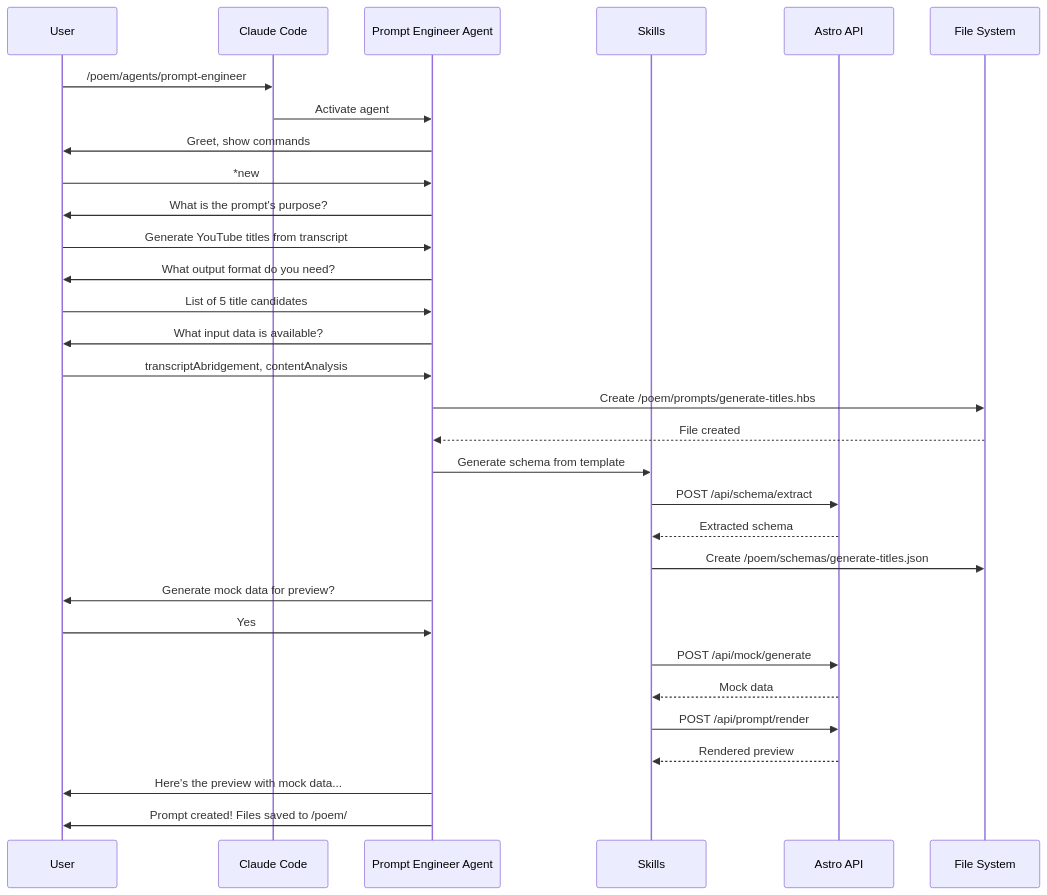
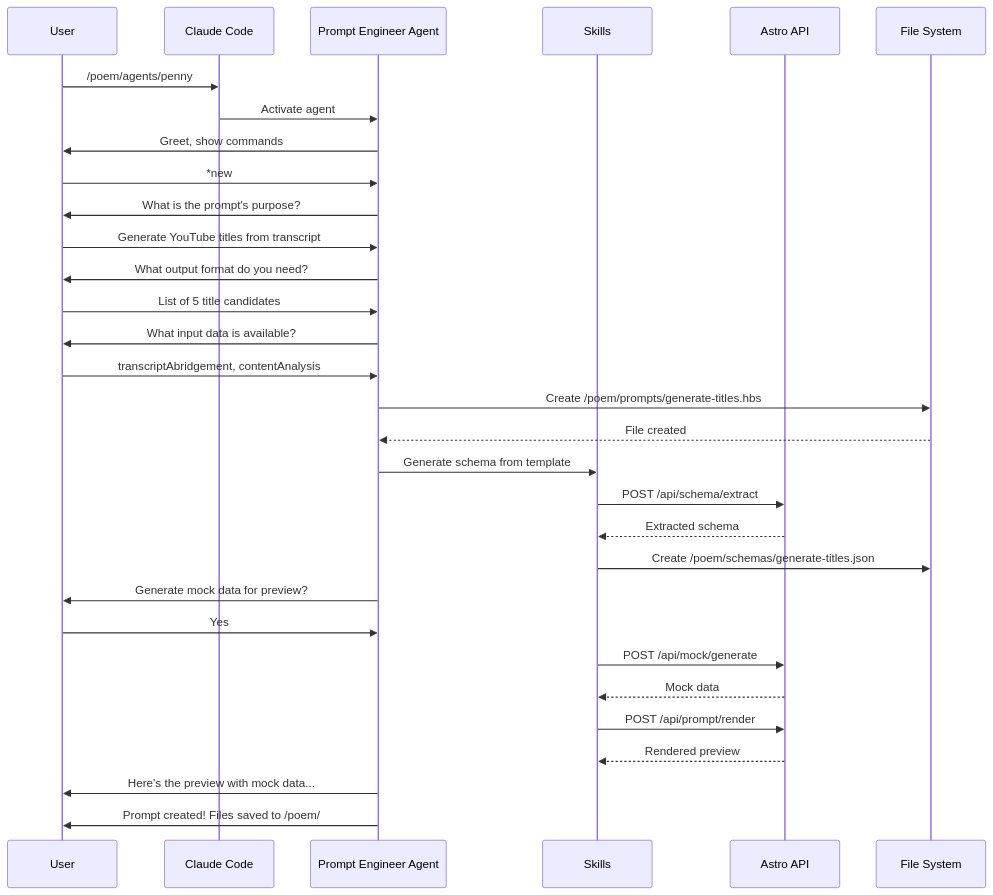
One commit to poem-os/poem changed the fourth of 10 diagrams in docs/architecture.md. Above: the diagram before and after it, drawn with Mermaid. The commit also changed other lines of this file and 44 other files, not shown here.

````diff
--- a/docs/architecture.md
+++ b/docs/architecture.md
@@ -1731,43 +1731,43 @@
 ```mermaid
 sequenceDiagram
     participant U as User
     participant CC as Claude Code
     participant PE as Prompt Engineer Agent
     participant SK as Skills
     participant API as Astro API
     participant FS as File System
 
-    U->>CC: /poem/agents/prompt-engineer
+    U->>CC: /poem/agents/penny
     CC->>PE: Activate agent
     PE->>U: Greet, show commands
 
     U->>PE: *new
     PE->>U: What is the prompt's purpose?
     U->>PE: Generate YouTube titles from transcript
 
     PE->>U: What output format do you need?
     U->>PE: List of 5 title candidates
 
     PE->>U: What input data is available?
     U->>PE: transcriptAbridgement, contentAnalysis
 
     PE->>FS: Create /poem/prompts/generate-titles.hbs
     FS-->>PE: File created
 
     PE->>SK: Generate schema from template
     SK->>API: POST /api/schema/extract
     API-->>SK: Extracted schema
     SK->>FS: Create /poem/schemas/generate-titles.json
 
     PE->>U: Generate mock data for preview?
     U->>PE: Yes
 
     SK->>API: POST /api/mock/generate
     API-->>SK: Mock data
 
     SK->>API: POST /api/prompt/render
     API-->>SK: Rendered preview
 
     PE->>U: Here's the preview with mock data...
     PE->>U: Prompt created! Files saved to /poem/
 ```
````
